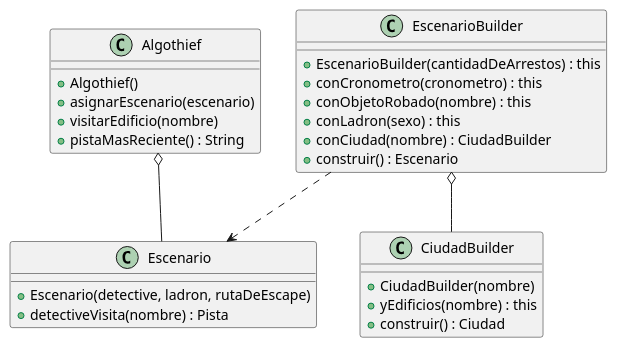
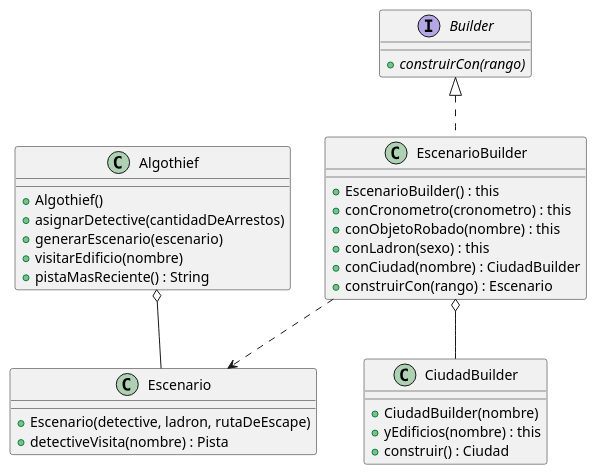
The diagram in diagrams/classes/clase_builder.plantuml (MegaRedHand/algo-thief), drawn with PlantUML before and after one commit. The commit also changed 5 other files, not shown here.

```diff
--- a/diagrams/classes/clase_builder.plantuml
+++ b/diagrams/classes/clase_builder.plantuml
@@ -1,35 +1,40 @@
 @startuml
 
 class Algothief {
     + Algothief()
-    + asignarEscenario(escenario)
+    + asignarDetective(cantidadDeArrestos)
+    + generarEscenario(escenario)
     + visitarEdificio(nombre)
     + pistaMasReciente() : String
 }
 
-class EscenarioBuilder {
-    + EscenarioBuilder(cantidadDeArrestos) : this
+interface Builder {
+    + {abstract} construirCon(rango)
+}
+
+class EscenarioBuilder implements Builder {
+    + EscenarioBuilder() : this
     + conCronometro(cronometro) : this
     + conObjetoRobado(nombre) : this
     + conLadron(sexo) : this
     + conCiudad(nombre) : CiudadBuilder
-    + construir() : Escenario
+    + construirCon(rango) : Escenario
 }
 
 class Escenario {
     + Escenario(detective, ladron, rutaDeEscape)
     + detectiveVisita(nombre) : Pista
 }
 
 class CiudadBuilder {
     + CiudadBuilder(nombre)
     + yEdificios(nombre) : this
     + construir() : Ciudad
 }
 
 
 EscenarioBuilder o-- CiudadBuilder
 EscenarioBuilder ..> Escenario
 Algothief o-- Escenario
 
 @enduml
```
